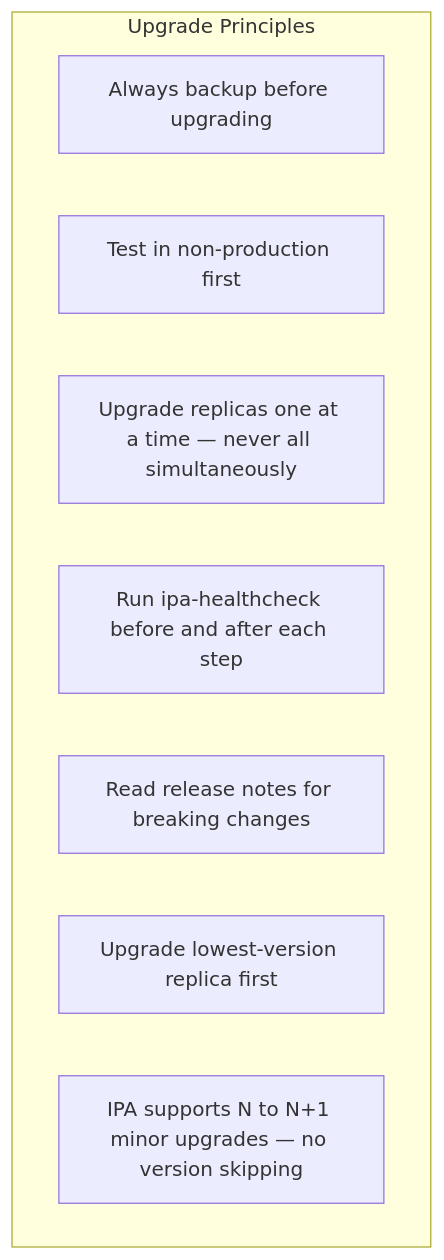
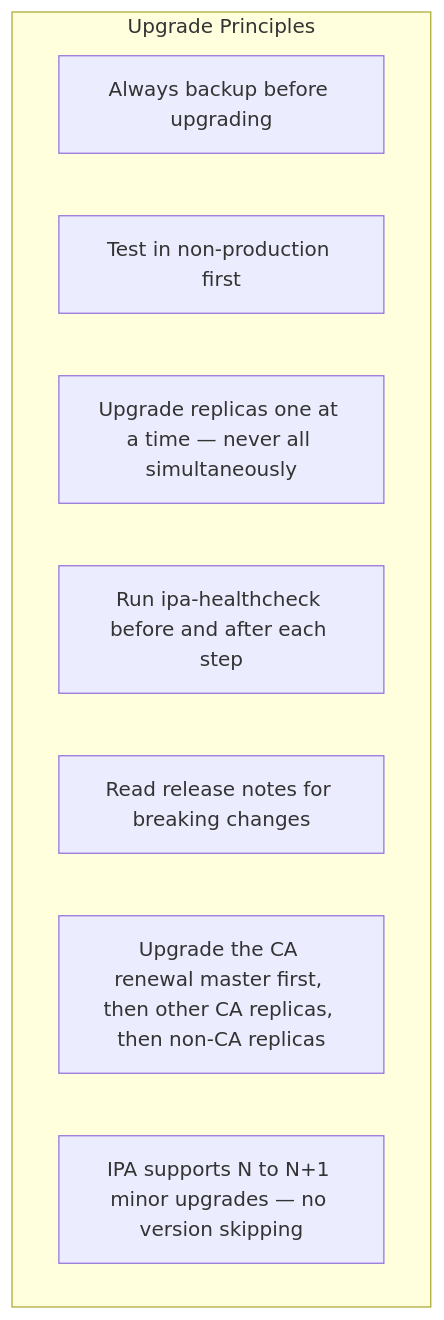
Before and after one commit to UncleJS/course_FreeIPA: the first of 8 diagrams in 15_upgrade_migration.md, drawn with Mermaid. The commit also changed other lines of this file and 24 other files, not shown here.

````diff
--- a/15_upgrade_migration.md
+++ b/15_upgrade_migration.md
@@ -51,12 +51,12 @@
 ```mermaid
 graph TD
     subgraph "Upgrade Principles"
         P1[Always backup before upgrading]
         P2[Test in non-production first]
         P3[Upgrade replicas one at a time — never all simultaneously]
         P4[Run ipa-healthcheck before and after each step]
         P5[Read release notes for breaking changes]
-        P6[Upgrade lowest-version replica first]
+        P6["Upgrade the CA renewal master first, then other CA replicas, then non-CA replicas"]
         P7[IPA supports N to N+1 minor upgrades — no version skipping]
     end
 ```
````
